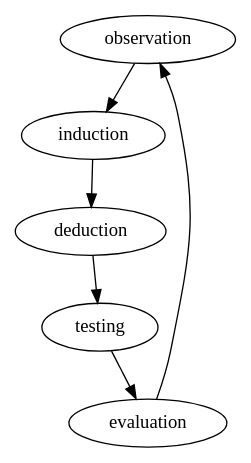
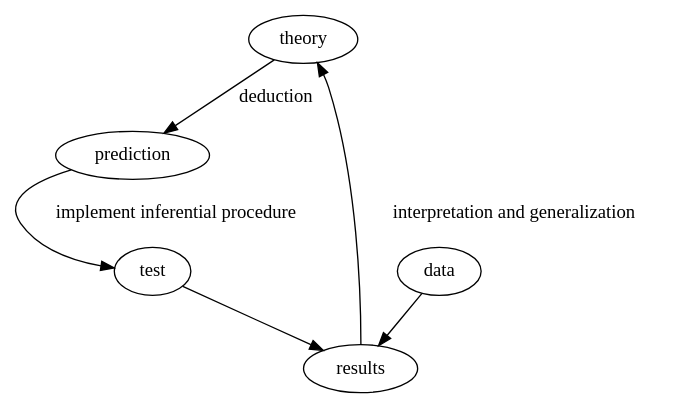
The diagram in empirical_cycle.dot (cjvanlissa/empirical_cycle_-_Van_Lissa), drawn with Graphviz before and after one commit.

Commit message:
ïmplement changes from Van Lissa et al., 2025

```diff
--- a/empirical_cycle.dot
+++ b/empirical_cycle.dot
@@ -1,13 +1,13 @@
 digraph {
-  observation;
-  induction;
-  deduction;
-  testing;
-  evaluation;
+  theory;
+  prediction;
+  data;
+  test;
+  results;
 
-  observation -> induction;
-  induction -> deduction;
-  deduction -> testing;
-  testing -> evaluation;
-  evaluation -> observation; 
+  theory -> prediction [label="deduction"];
+  prediction -> test [label = "implement inferential procedure"];
+  data -> results;
+  test -> results;
+  results -> theory [label="interpretation and generalization"];
 }
```
